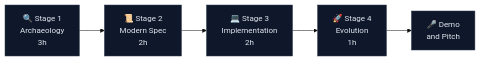
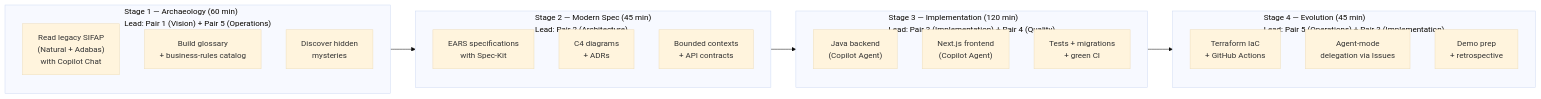
Before and after one commit to paulasilvatech/hackathon-datacorp-team-kit: the diagram in README.md, drawn with Mermaid (base theme). The commit also changed other lines of this file and 271 other files, not shown here.

````diff
--- a/README.md
+++ b/README.md
@@ -136,11 +78,25 @@
 ```mermaid
 flowchart LR
-    S1["🔍 Stage 1<br/>Archaeology<br/>3h"]
-    S2["📜 Stage 2<br/>Modern Spec<br/>2h"]
-    S3["💻 Stage 3<br/>Implementation<br/>2h"]
-    S4["🚀 Stage 4<br/>Evolution<br/>1h"]
-    S1 --> S2 --> S3 --> S4
-    S4 --> D["🎤 Demo<br/>and Pitch"]
-    classDef stage fill:#0f172a,stroke:#334155,color:#e2e8f0
-    class S1,S2,S3,S4,D stage
+ subgraph S1["Stage 1 — Archaeology (60 min)<br/>Lead: Pair 1 (Vision) + Pair 5 (Operations)"]
+ A1["Read legacy SIFAP<br/>(Natural + Adabas)<br/>with Copilot Chat"]
+ A2["Build glossary<br/>+ business-rules catalog"]
+ A3["Discover hidden<br/>mysteries"]
+ end
+ subgraph S2["Stage 2 — Modern Spec (45 min)<br/>Lead: Pair 2 (Architecture)"]
+ B1["EARS specifications<br/>with Spec-Kit"]
+ B2["C4 diagrams<br/>+ ADRs"]
+ B3["Bounded contexts<br/>+ API contracts"]
+ end
+ subgraph S3["Stage 3 — Implementation (120 min)<br/>Lead: Pair 3 (Implementation) + Pair 4 (Quality)"]
+ C1["Java backend<br/>(Copilot Agent)"]
+ C2["Next.js frontend<br/>(Copilot Agent)"]
+ C3["Tests + migrations<br/>+ green CI"]
+ end
+ subgraph S4["Stage 4 — Evolution (45 min)<br/>Lead: Pair 5 (Operations) + Pair 3 (Implementation)"]
+ D1["Terraform IaC<br/>+ GitHub Actions"]
+ D2["Agent-mode<br/>delegation via Issues"]
+ D3["Demo prep<br/>+ retrospective"]
+ end
+
+ S1 --> S2 --> S3 --> S4
 ```
````
